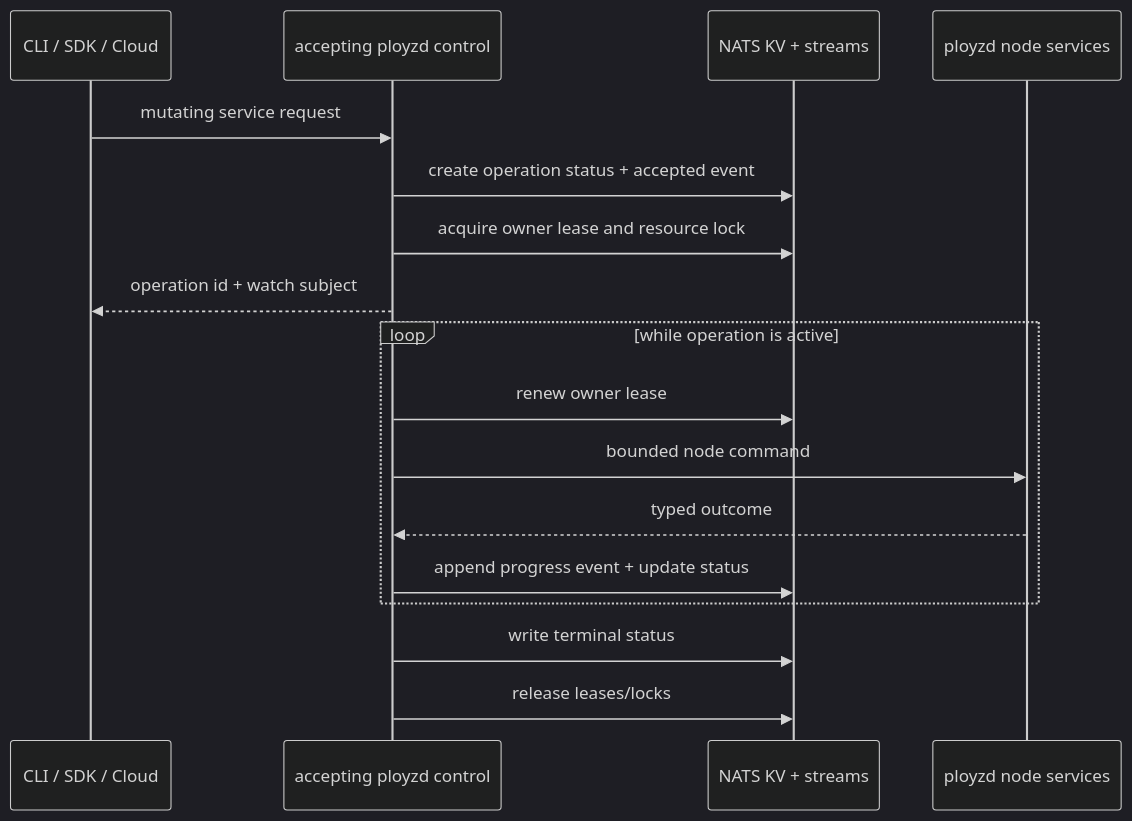
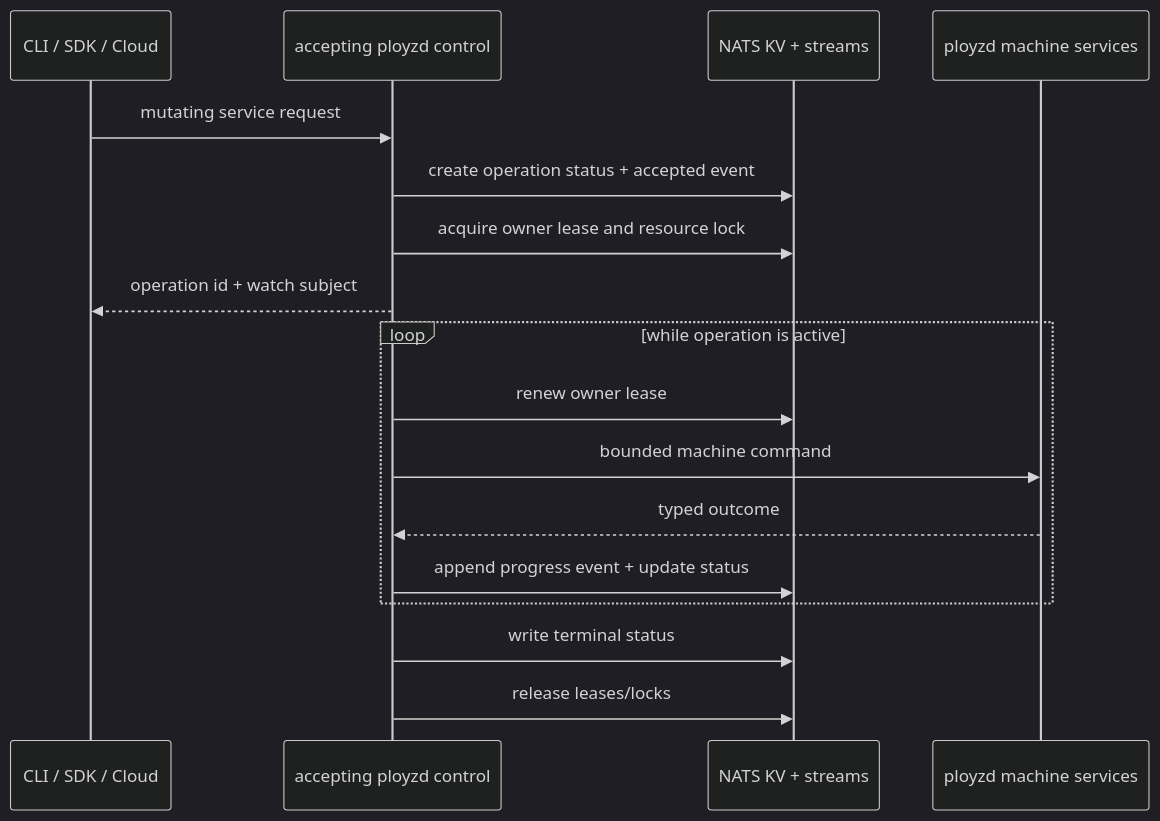
Before and after one commit to getployz/ployz: the second of 2 diagrams in docs/plans/2026-06-04-001-refactor-nats-greenfield-control-plane-plan.md, drawn with Mermaid (dark theme). The commit also changed other lines of this file and 201 other files, not shown here.

````diff
--- a/docs/plans/2026-06-04-001-refactor-nats-greenfield-control-plane-plan.md
+++ b/docs/plans/2026-06-04-001-refactor-nats-greenfield-control-plane-plan.md
@@ -560,20 +560,20 @@
 ```mermaid
 sequenceDiagram
   participant Caller as CLI / SDK / Cloud
   participant Owner as accepting ployzd control
   participant NATS as NATS KV + streams
-  participant Node as ployzd node services
+  participant Machine as ployzd machine services
 
   Caller->>Owner: mutating service request
   Owner->>NATS: create operation status + accepted event
   Owner->>NATS: acquire owner lease and resource lock
   Owner-->>Caller: operation id + watch subject
   loop while operation is active
     Owner->>NATS: renew owner lease
-    Owner->>Node: bounded node command
-    Node-->>Owner: typed outcome
+    Owner->>Machine: bounded machine command
+    Machine-->>Owner: typed outcome
     Owner->>NATS: append progress event + update status
   end
   Owner->>NATS: write terminal status
   Owner->>NATS: release leases/locks
 ```
````
